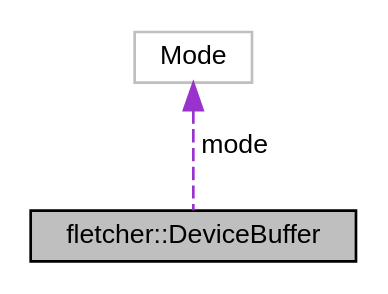
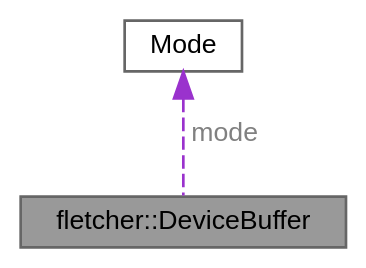
The diagram in api/fletcher-cpp/structfletcher_1_1_device_buffer__coll__graph.dot (abs-tudelft/fletcher), drawn with Graphviz before and after one commit. The commit also changed 621 other files, not shown here.

```diff
--- a/api/fletcher-cpp/structfletcher_1_1_device_buffer__coll__graph.dot
+++ b/api/fletcher-cpp/structfletcher_1_1_device_buffer__coll__graph.dot
@@ -1,9 +1,10 @@
 digraph "fletcher::DeviceBuffer"
 {
  // LATEX_PDF_SIZE
-  edge [fontname="Helvetica",fontsize="10",labelfontname="Helvetica",labelfontsize="10"];
-  node [fontname="Helvetica",fontsize="10",shape=record];
-  Node1 [label="fletcher::DeviceBuffer",height=0.2,width=0.4,color="black", fillcolor="grey75", style="filled", fontcolor="black",tooltip="A buffer on the device."];
-  Node2 -> Node1 [dir="back",color="darkorchid3",fontsize="10",style="dashed",label=" mode" ,fontname="Helvetica"];
-  Node2 [label="Mode",height=0.2,width=0.4,color="grey75", fillcolor="white", style="filled",tooltip=" "];
+  bgcolor="transparent";
+  edge [fontname=Helvetica,fontsize=10,labelfontname=Helvetica,labelfontsize=10];
+  node [fontname=Helvetica,fontsize=10,shape=box,height=0.2,width=0.4];
+  Node1 [id="Node000001",label="fletcher::DeviceBuffer",height=0.2,width=0.4,color="gray40", fillcolor="grey60", style="filled", fontcolor="black",tooltip="A buffer on the device."];
+  Node2 -> Node1 [id="edge1_Node000001_Node000002",dir="back",color="darkorchid3",style="dashed",tooltip=" ",label=" mode",fontcolor="grey" ];
+  Node2 [id="Node000002",label="Mode",height=0.2,width=0.4,color="gray40", fillcolor="white", style="filled",tooltip=" "];
 }
```
